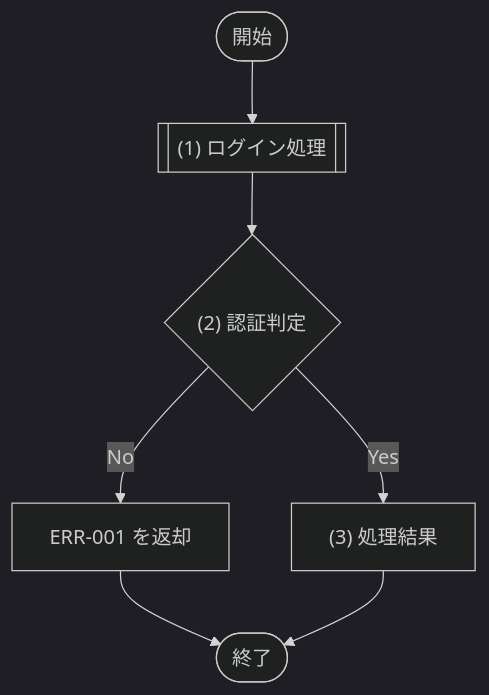
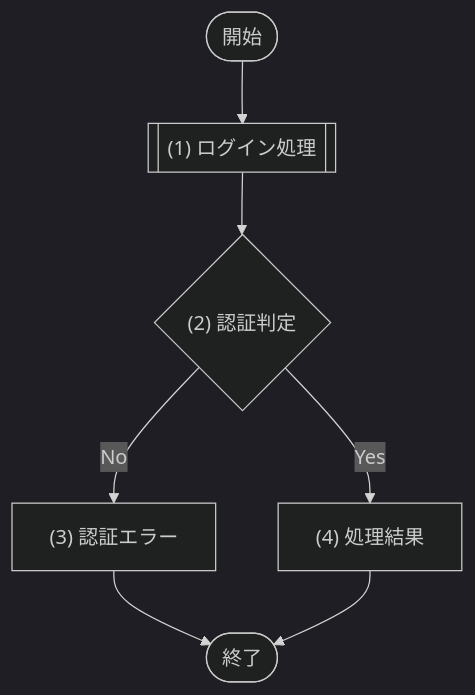
The diagram in docs/03_機能設計/03_API設計/API-001_ログイン.md (sikakou54/system-document-template), drawn with Mermaid (dark theme) before and after one commit. The commit also changed other lines of this file and 32 other files, not shown here.

````diff
--- a/docs/03_機能設計/03_API設計/API-001_ログイン.md
+++ b/docs/03_機能設計/03_API設計/API-001_ログイン.md
@@ -41,13 +41,13 @@
 ```mermaid
 flowchart TD
   Start([開始])
   P1[["(1) ログイン処理"]]
   D1{"(2) 認証判定"}
-  E1["ERR-001 を返却"]
-  P2["(3) 処理結果"]
+  E1["(3) 認証エラー"]
+  P2["(4) 処理結果"]
   End([終了])
 
   Start --> P1 --> D1
   D1 -- "No" --> E1 --> End
   D1 -- "Yes" --> P2 --> End
 ```
````
